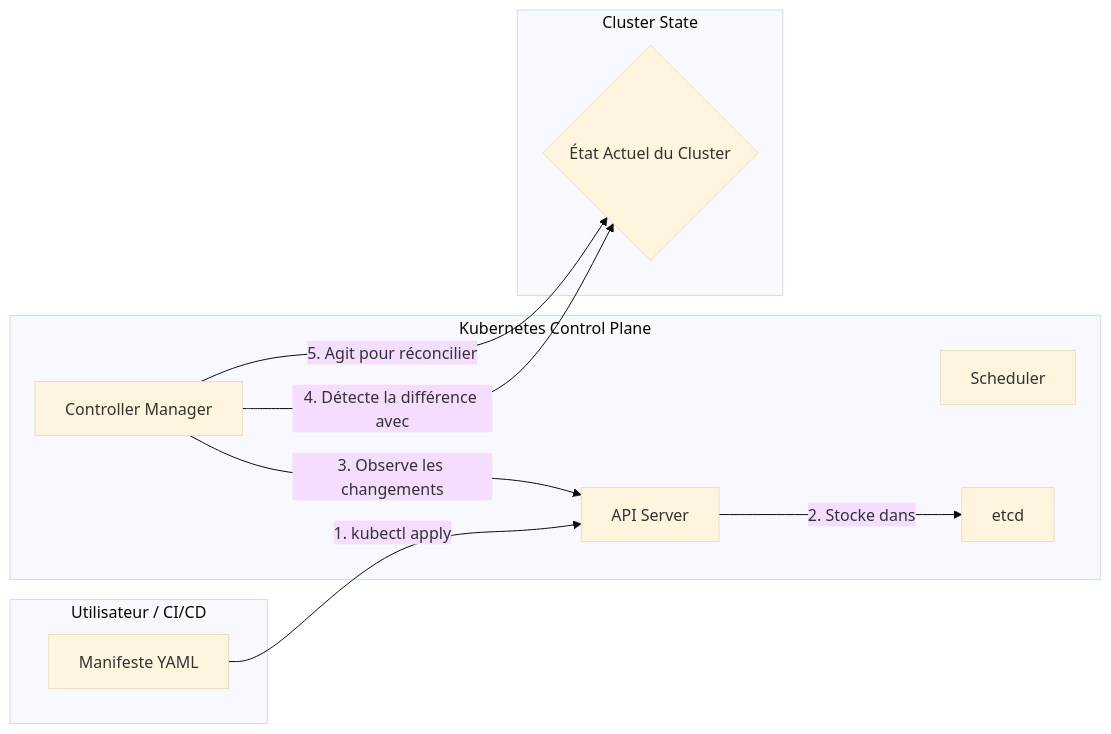
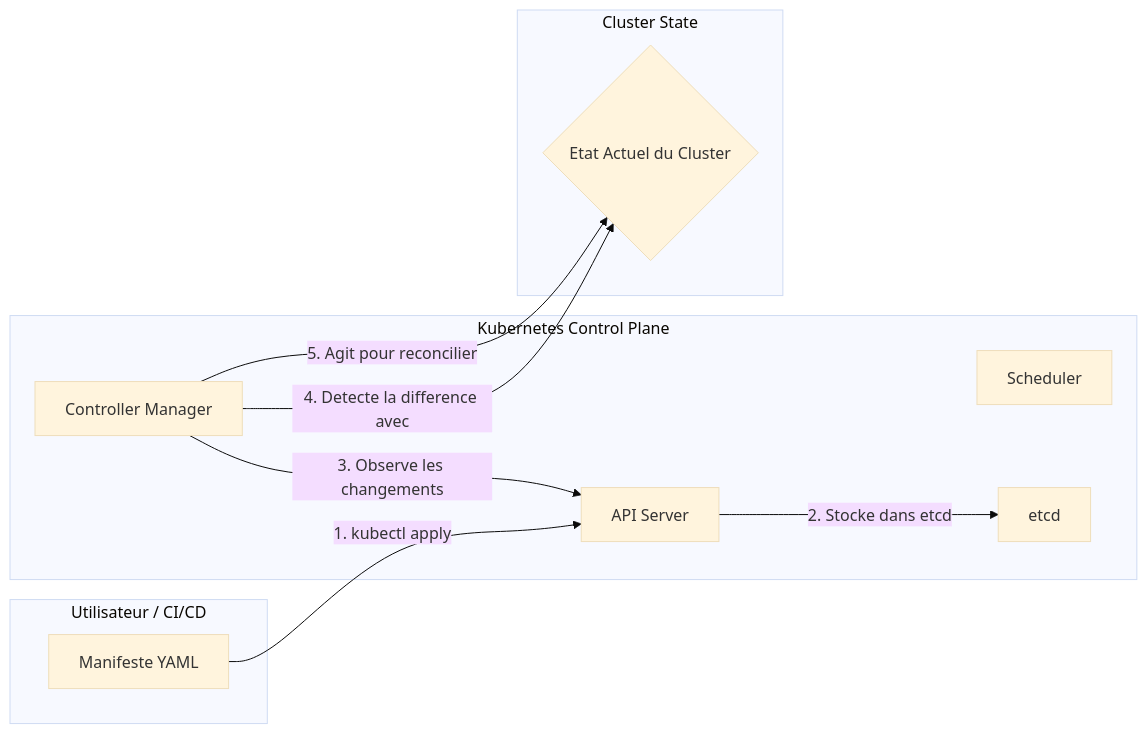
Before and after one commit to HarcheSamir/esisba-lirmm-ecommerce: the second of 10 diagrams in sprint3.md, drawn with Mermaid (base theme). The commit also changed other lines of this file, not shown here.

````diff
--- a/sprint3.md
+++ b/sprint3.md
@@ -95,23 +100,23 @@
 ```mermaid
 graph LR
     subgraph "Utilisateur / CI/CD"
-        YAML[Manifeste YAML]
+        YAML["Manifeste YAML"]
     end
     
     subgraph "Kubernetes Control Plane"
-        APIServer[API Server]
-        ControllerManager[Controller Manager]
-        Scheduler[Scheduler]
-        ETCD[etcd]
+        APIServer["API Server"]
+        ControllerManager["Controller Manager"]
+        Scheduler["Scheduler"]
+        ETCD["etcd"]
     end
 
     subgraph "Cluster State"
-        CurrentState{État Actuel du Cluster}
+        CurrentState{"Etat Actuel du Cluster"}
     end
 
     YAML -- "1. kubectl apply" --> APIServer
-    APIServer -- "2. Stocke dans" --> ETCD
+    APIServer -- "2. Stocke dans etcd" --> ETCD
     ControllerManager -- "3. Observe les changements" --> APIServer
-    ControllerManager -- "4. Détecte la différence avec" --> CurrentState
-    ControllerManager -- "5. Agit pour réconcilier" --> CurrentState
+    ControllerManager -- "4. Detecte la difference avec" --> CurrentState
+    ControllerManager -- "5. Agit pour reconcilier" --> CurrentState
 ```
````
